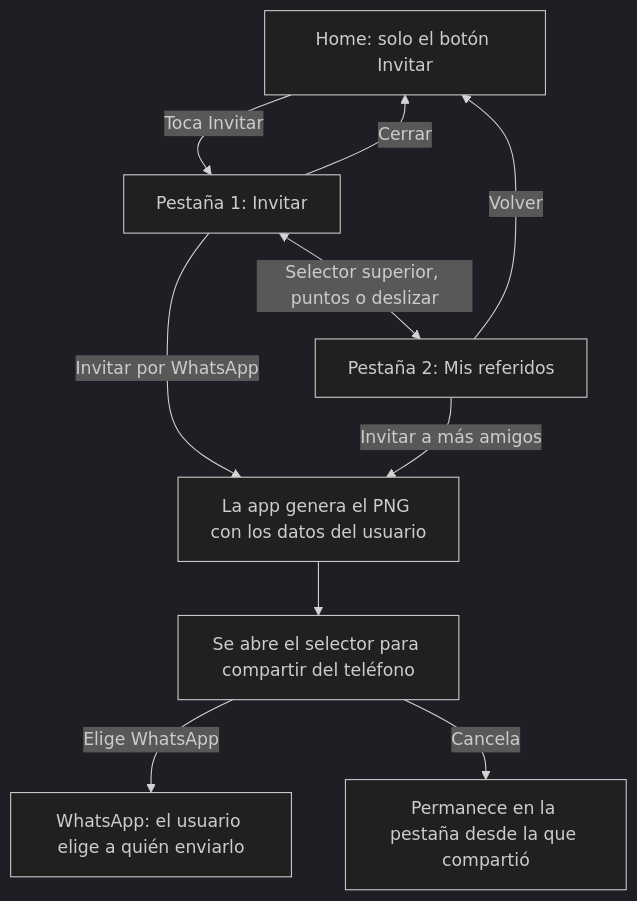
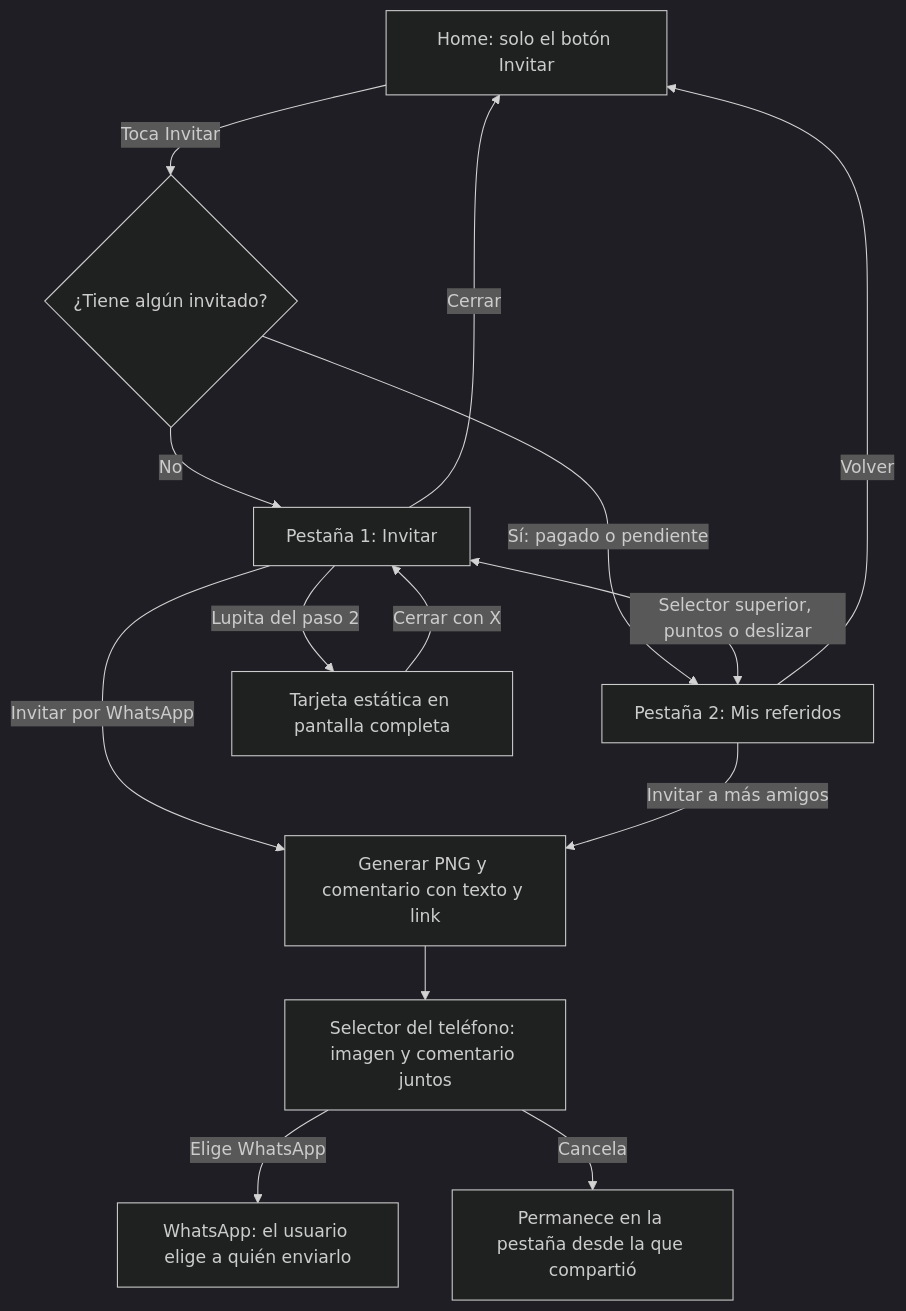
The first of 2 diagrams in README.md (oscarmiranda90/tuturno-referidos-mini), drawn with Mermaid (dark theme) before and after one commit. The commit also changed other lines of this file and 41 other files, not shown here.

````diff
--- a/README.md
+++ b/README.md
@@ -29,12 +37,16 @@
 ```mermaid
 flowchart TD
-    H["Home: solo el botón Invitar"] -->|Toca Invitar| I["Pestaña 1: Invitar"]
+    H["Home: solo el botón Invitar"] -->|Toca Invitar| C{"¿Tiene algún invitado?"}
+    C -->|No| I["Pestaña 1: Invitar"]
+    C -->|Sí: pagado o pendiente| R["Pestaña 2: Mis referidos"]
     I <-->|Selector superior, puntos o deslizar| R["Pestaña 2: Mis referidos"]
-    I -->|Invitar por WhatsApp| G["La app genera el PNG con los datos del usuario"]
+    I -->|Lupita del paso 2| P["Tarjeta estática en pantalla completa"]
+    P -->|Cerrar con X| I
+    I -->|Invitar por WhatsApp| G["Generar PNG y comentario con texto y link"]
     R -->|Invitar a más amigos| G
-    G --> S["Se abre el selector para compartir del teléfono"]
+    G --> S["Selector del teléfono: imagen y comentario juntos"]
     S -->|Elige WhatsApp| W["WhatsApp: el usuario elige a quién enviarlo"]
     S -->|Cancela| V["Permanece en la pestaña desde la que compartió"]
     I -->|Cerrar| H
     R -->|Volver| H
 ```
````
